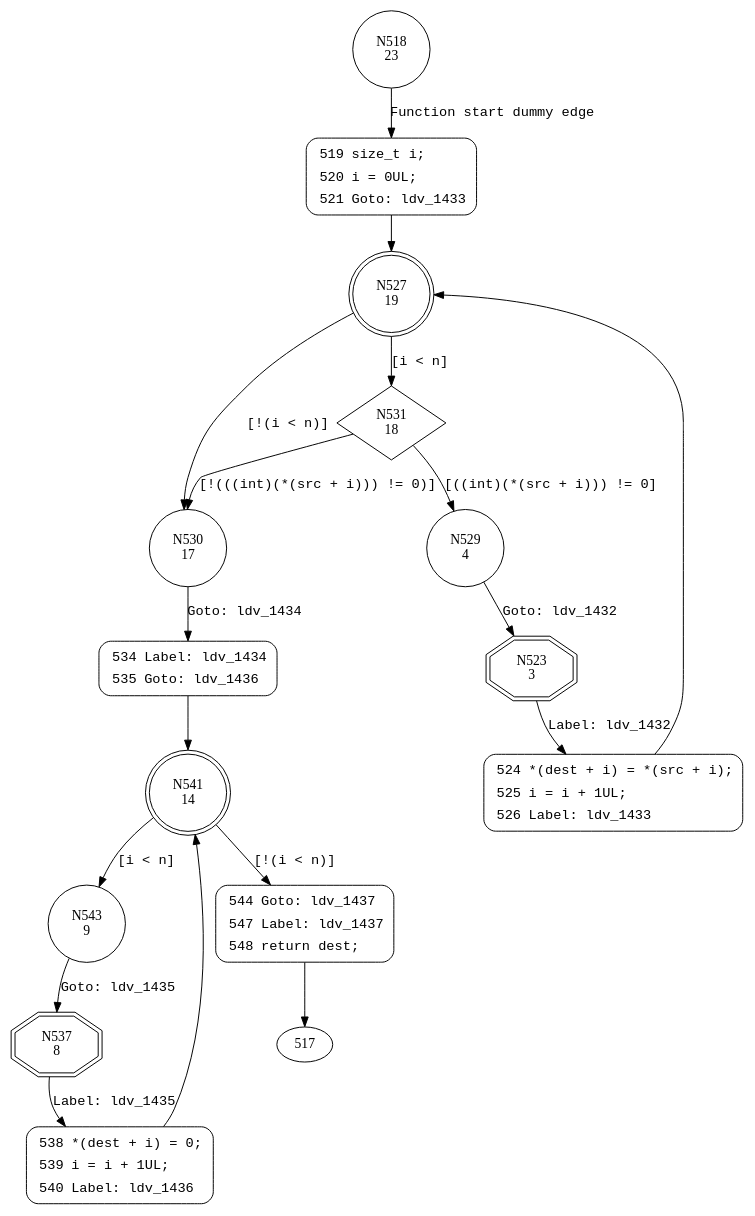
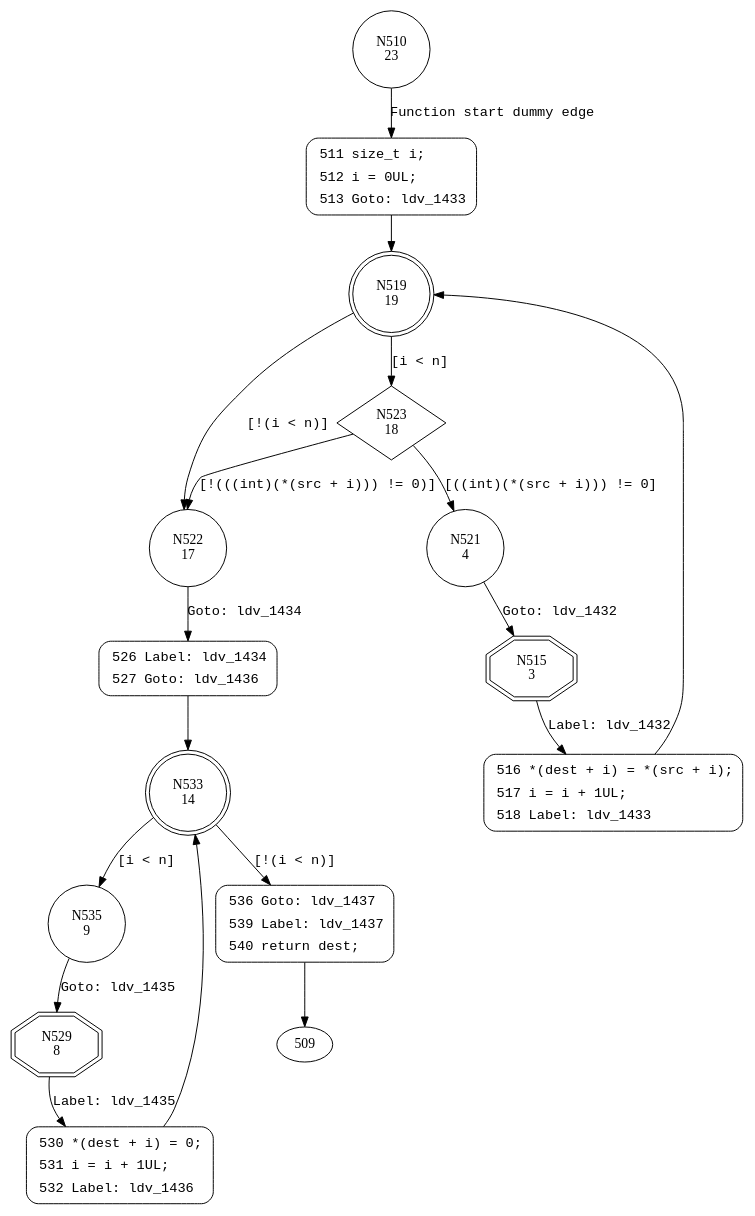
The diagram in Juliet_Test_Copy_1/output/cfa/cfa__ldv_strncpy.dot (rifatbit0401/svcomp), drawn with Graphviz before and after one commit. The commit also changed 73 other files, not shown here.

```diff
--- a/Juliet_Test_Copy_1/output/cfa/cfa__ldv_strncpy.dot
+++ b/Juliet_Test_Copy_1/output/cfa/cfa__ldv_strncpy.dot
@@ -1,38 +1,38 @@
 digraph ldv_strncpy {
-518 [shape="circle" label="N518\n23"]
-519 [shape="circle" label="N519\n22"]
-527 [shape="doublecircle" label="N527\n19"]
-531 [shape="diamond" label="N531\n18"]
-530 [shape="circle" label="N530\n17"]
-534 [shape="circle" label="N534\n16"]
-541 [shape="doublecircle" label="N541\n14"]
-543 [shape="circle" label="N543\n9"]
-544 [shape="circle" label="N544\n13"]
-537 [shape="doubleoctagon" label="N537\n8"]
-538 [shape="circle" label="N538\n7"]
-529 [shape="circle" label="N529\n4"]
-523 [shape="doubleoctagon" label="N523\n3"]
-524 [shape="circle" label="N524\n2"]
-519 [style="filled,bold" penwidth="1" fillcolor="white" fontname="Courier New" shape="Mrecord" label=<<table border="0" cellborder="0" cellpadding="3" bgcolor="white"><tr><td align="right">519</td><td align="left">size_t i;</td></tr><tr><td align="right">520</td><td align="left">i = 0UL;</td></tr><tr><td align="right">521</td><td align="left">Goto: ldv_1433</td></tr></table>>]
-519 -> 527[label=""]
-534 [style="filled,bold" penwidth="1" fillcolor="white" fontname="Courier New" shape="Mrecord" label=<<table border="0" cellborder="0" cellpadding="3" bgcolor="white"><tr><td align="right">534</td><td align="left">Label: ldv_1434</td></tr><tr><td align="right">535</td><td align="left">Goto: ldv_1436</td></tr></table>>]
-534 -> 541[label=""]
-544 [style="filled,bold" penwidth="1" fillcolor="white" fontname="Courier New" shape="Mrecord" label=<<table border="0" cellborder="0" cellpadding="3" bgcolor="white"><tr><td align="right">544</td><td align="left">Goto: ldv_1437</td></tr><tr><td align="right">547</td><td align="left">Label: ldv_1437</td></tr><tr><td align="right">548</td><td align="left">return dest;</td></tr></table>>]
-544 -> 517[label=""]
-538 [style="filled,bold" penwidth="1" fillcolor="white" fontname="Courier New" shape="Mrecord" label=<<table border="0" cellborder="0" cellpadding="3" bgcolor="white"><tr><td align="right">538</td><td align="left">*(dest + i) = 0;</td></tr><tr><td align="right">539</td><td align="left">i = i + 1UL;</td></tr><tr><td align="right">540</td><td align="left">Label: ldv_1436</td></tr></table>>]
-538 -> 541[label=""]
-524 [style="filled,bold" penwidth="1" fillcolor="white" fontname="Courier New" shape="Mrecord" label=<<table border="0" cellborder="0" cellpadding="3" bgcolor="white"><tr><td align="right">524</td><td align="left">*(dest + i) = *(src + i);</td></tr><tr><td align="right">525</td><td align="left">i = i + 1UL;</td></tr><tr><td align="right">526</td><td align="left">Label: ldv_1433</td></tr></table>>]
-524 -> 527[label=""]
-518 -> 519 [label="Function start dummy edge" fontname="Courier New"]
-527 -> 531 [label="[i < n]" fontname="Courier New"]
-527 -> 530 [label="[!(i < n)]" fontname="Courier New"]
-530 -> 534 [label="Goto: ldv_1434" fontname="Courier New"]
-541 -> 543 [label="[i < n]" fontname="Courier New"]
-541 -> 544 [label="[!(i < n)]" fontname="Courier New"]
-543 -> 537 [label="Goto: ldv_1435" fontname="Courier New"]
-537 -> 538 [label="Label: ldv_1435" fontname="Courier New"]
-531 -> 529 [label="[((int)(*(src + i))) != 0]" fontname="Courier New"]
-531 -> 530 [label="[!(((int)(*(src + i))) != 0)]" fontname="Courier New"]
-523 -> 524 [label="Label: ldv_1432" fontname="Courier New"]
-529 -> 523 [label="Goto: ldv_1432" fontname="Courier New"]
+510 [shape="circle" label="N510\n23"]
+511 [shape="circle" label="N511\n22"]
+519 [shape="doublecircle" label="N519\n19"]
+523 [shape="diamond" label="N523\n18"]
+522 [shape="circle" label="N522\n17"]
+526 [shape="circle" label="N526\n16"]
+533 [shape="doublecircle" label="N533\n14"]
+535 [shape="circle" label="N535\n9"]
+536 [shape="circle" label="N536\n13"]
+529 [shape="doubleoctagon" label="N529\n8"]
+530 [shape="circle" label="N530\n7"]
+521 [shape="circle" label="N521\n4"]
+515 [shape="doubleoctagon" label="N515\n3"]
+516 [shape="circle" label="N516\n2"]
+511 [style="filled,bold" penwidth="1" fillcolor="white" fontname="Courier New" shape="Mrecord" label=<<table border="0" cellborder="0" cellpadding="3" bgcolor="white"><tr><td align="right">511</td><td align="left">size_t i;</td></tr><tr><td align="right">512</td><td align="left">i = 0UL;</td></tr><tr><td align="right">513</td><td align="left">Goto: ldv_1433</td></tr></table>>]
+511 -> 519[label=""]
+526 [style="filled,bold" penwidth="1" fillcolor="white" fontname="Courier New" shape="Mrecord" label=<<table border="0" cellborder="0" cellpadding="3" bgcolor="white"><tr><td align="right">526</td><td align="left">Label: ldv_1434</td></tr><tr><td align="right">527</td><td align="left">Goto: ldv_1436</td></tr></table>>]
+526 -> 533[label=""]
+536 [style="filled,bold" penwidth="1" fillcolor="white" fontname="Courier New" shape="Mrecord" label=<<table border="0" cellborder="0" cellpadding="3" bgcolor="white"><tr><td align="right">536</td><td align="left">Goto: ldv_1437</td></tr><tr><td align="right">539</td><td align="left">Label: ldv_1437</td></tr><tr><td align="right">540</td><td align="left">return dest;</td></tr></table>>]
+536 -> 509[label=""]
+530 [style="filled,bold" penwidth="1" fillcolor="white" fontname="Courier New" shape="Mrecord" label=<<table border="0" cellborder="0" cellpadding="3" bgcolor="white"><tr><td align="right">530</td><td align="left">*(dest + i) = 0;</td></tr><tr><td align="right">531</td><td align="left">i = i + 1UL;</td></tr><tr><td align="right">532</td><td align="left">Label: ldv_1436</td></tr></table>>]
+530 -> 533[label=""]
+516 [style="filled,bold" penwidth="1" fillcolor="white" fontname="Courier New" shape="Mrecord" label=<<table border="0" cellborder="0" cellpadding="3" bgcolor="white"><tr><td align="right">516</td><td align="left">*(dest + i) = *(src + i);</td></tr><tr><td align="right">517</td><td align="left">i = i + 1UL;</td></tr><tr><td align="right">518</td><td align="left">Label: ldv_1433</td></tr></table>>]
+516 -> 519[label=""]
+510 -> 511 [label="Function start dummy edge" fontname="Courier New"]
+519 -> 523 [label="[i < n]" fontname="Courier New"]
+519 -> 522 [label="[!(i < n)]" fontname="Courier New"]
+522 -> 526 [label="Goto: ldv_1434" fontname="Courier New"]
+533 -> 535 [label="[i < n]" fontname="Courier New"]
+533 -> 536 [label="[!(i < n)]" fontname="Courier New"]
+535 -> 529 [label="Goto: ldv_1435" fontname="Courier New"]
+529 -> 530 [label="Label: ldv_1435" fontname="Courier New"]
+523 -> 521 [label="[((int)(*(src + i))) != 0]" fontname="Courier New"]
+523 -> 522 [label="[!(((int)(*(src + i))) != 0)]" fontname="Courier New"]
+515 -> 516 [label="Label: ldv_1432" fontname="Courier New"]
+521 -> 515 [label="Goto: ldv_1432" fontname="Courier New"]
 }
```
